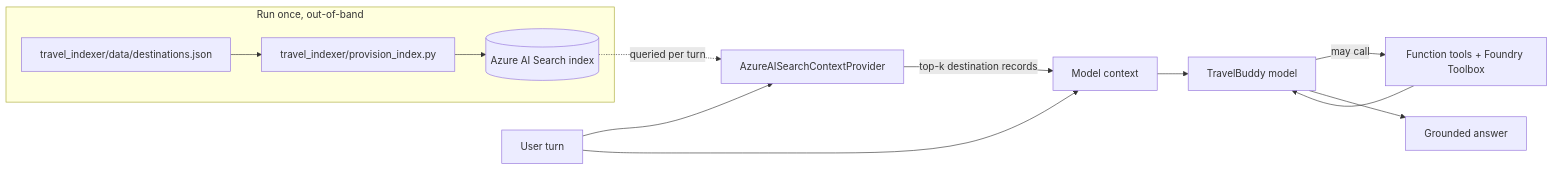
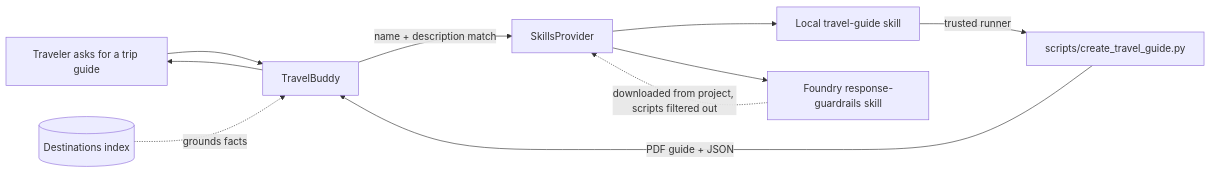
Before and after one commit to rlarrubi/my-foundry-raul: the diagram in README.md, drawn with Mermaid. The commit also changed other lines of this file and 22 other files, not shown here.

````diff
--- a/README.md
+++ b/README.md
@@ -103,14 +89,12 @@
 ```mermaid
 flowchart LR
-    U[User turn] --> CP[AzureAISearchContextProvider]
-    CP -->|top-k destination records| CTX[Model context]
-    U --> CTX
-    CTX --> M[TravelBuddy model]
-    M -->|may call| T[Function tools + Foundry Toolbox]
-    T --> M
-    M --> R[Grounded answer]
-    subgraph offline [Run once, out-of-band]
-      DJ[travel_indexer/data/destinations.json] --> PI[travel_indexer/provision_index.py] --> IDX[(Azure AI Search index)]
-    end
-    IDX -. queried per turn .-> CP
+    Traveler[Traveler asks for a trip guide] --> Agent[TravelBuddy]
+    Agent -->|name + description match| Provider[SkillsProvider]
+    Provider --> Local[Local travel-guide skill]
+    Provider --> Foundry[Foundry response-guardrails skill]
+    Local -->|trusted runner| Script[scripts/create_travel_guide.py]
+    Foundry -. downloaded from project, scripts filtered out .-> Provider
+    Script -->|PDF guide + JSON| Agent
+    RAG[(Destinations index)] -. grounds facts .-> Agent
+    Agent --> Traveler
 ```
````
